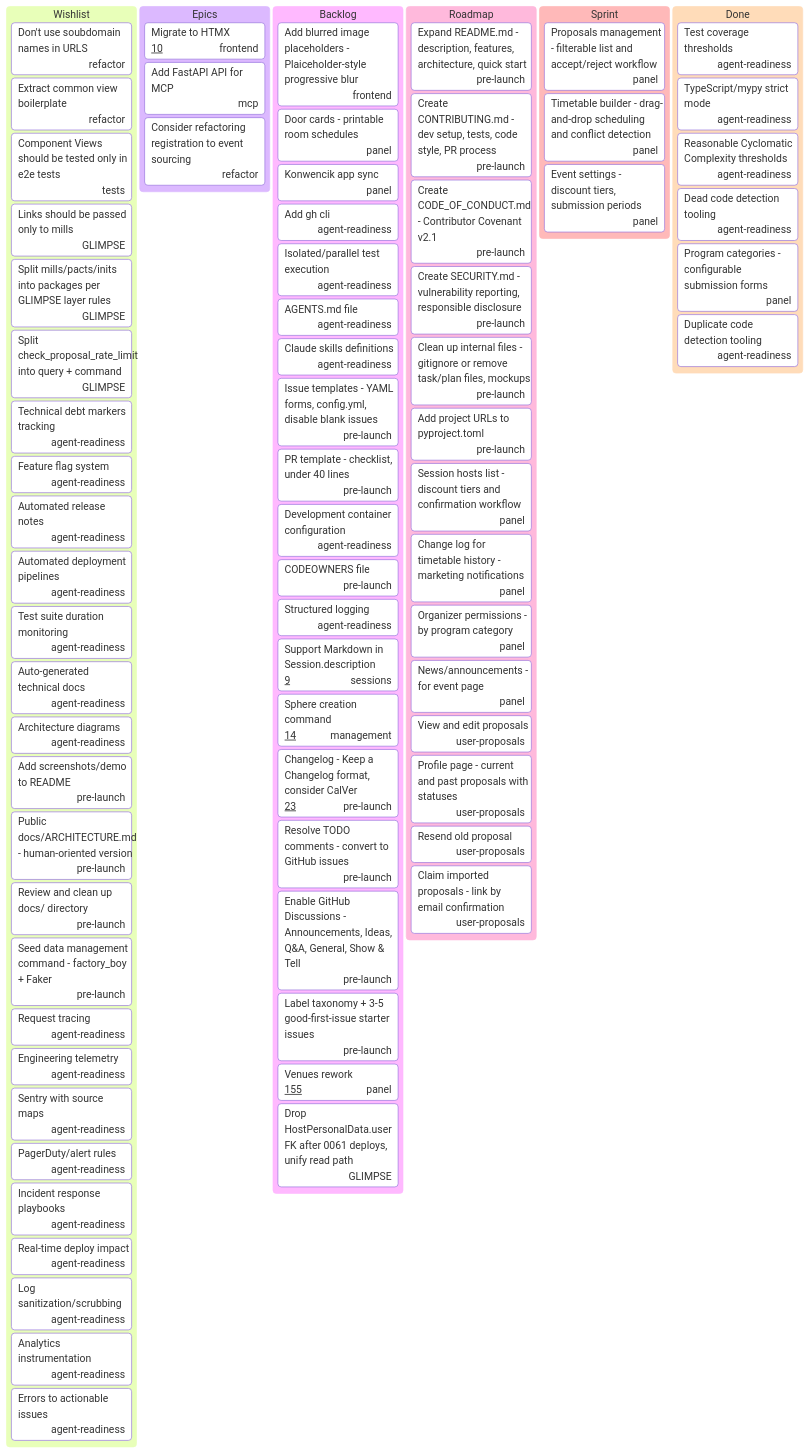
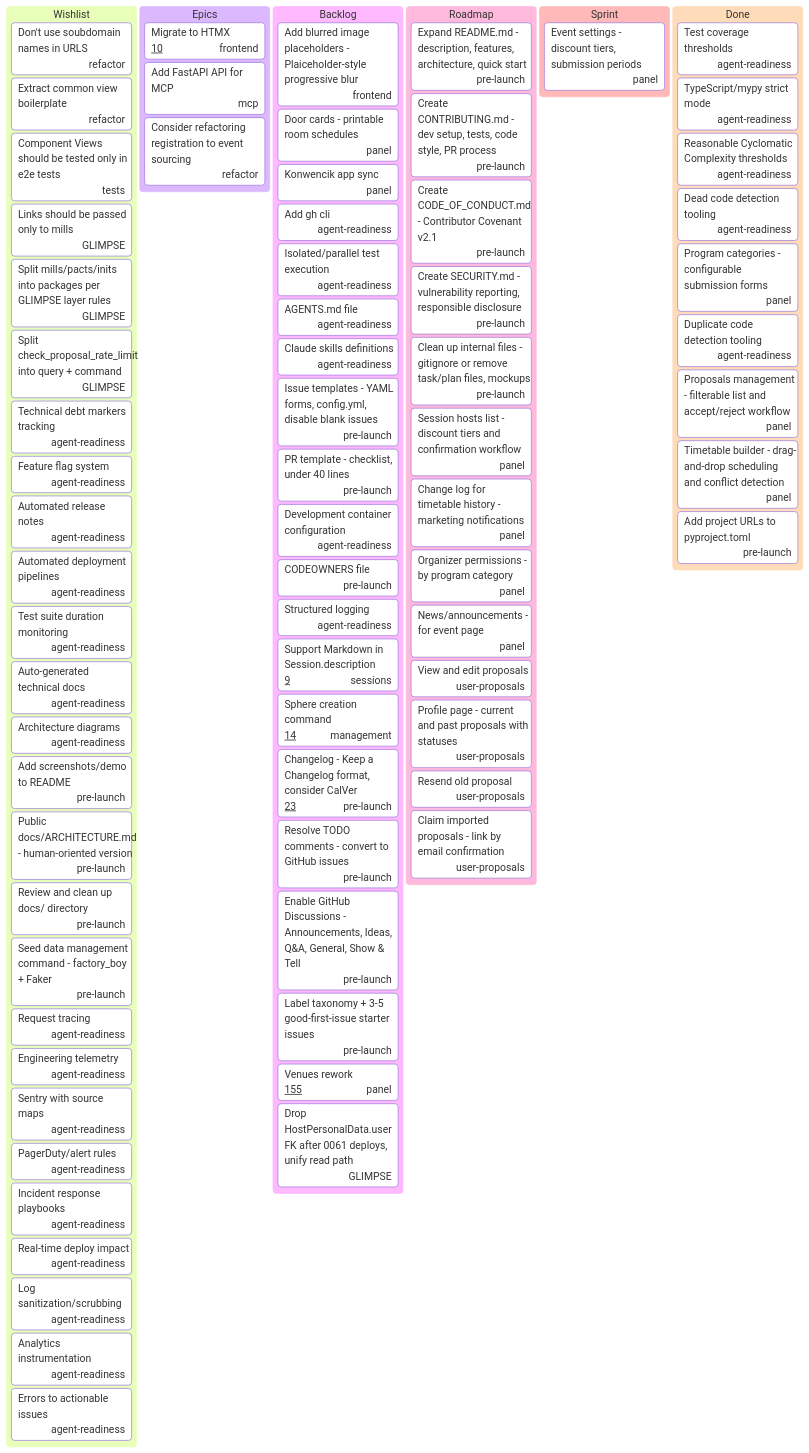
Before and after one commit to fancysnake/ludamus: the diagram in TODO.md, drawn with Mermaid. The commit also changed other lines of this file and 1 other file, not shown here.

Commit message:
Add project urls

````diff
--- a/TODO.md
+++ b/TODO.md
@@ -106,7 +106,6 @@
     [Clean up internal files - gitignore or remove task/plan files, mockups]@{
       assigned: 'pre-launch'
     }
-    [Add project URLs to pyproject.toml]@{ assigned: 'pre-launch' }
     [Session hosts list - discount tiers and confirmation workflow]@{
       assigned: 'panel'
     }
@@ -125,12 +124,6 @@
     }
 
   Sprint
-    [Proposals management - filterable list and accept/reject workflow]@{
-      assigned: 'panel'
-    }
-    [Timetable builder - drag-and-drop scheduling and conflict detection]@{
-      assigned: 'panel'
-    }
     [Event settings - discount tiers, submission periods]@{ assigned: 'panel' }
 
   Done
@@ -142,4 +135,11 @@
     [Dead code detection tooling]@{ assigned: 'agent-readiness' }
     [Program categories - configurable submission forms]@{ assigned: 'panel' }
     [Duplicate code detection tooling]@{ assigned: 'agent-readiness' }
+    [Proposals management - filterable list and accept/reject workflow]@{
+      assigned: 'panel'
+    }
+    [Timetable builder - drag-and-drop scheduling and conflict detection]@{
+      assigned: 'panel'
+    }
+    [Add project URLs to pyproject.toml]@{ assigned: 'pre-launch' }
 ```
````
